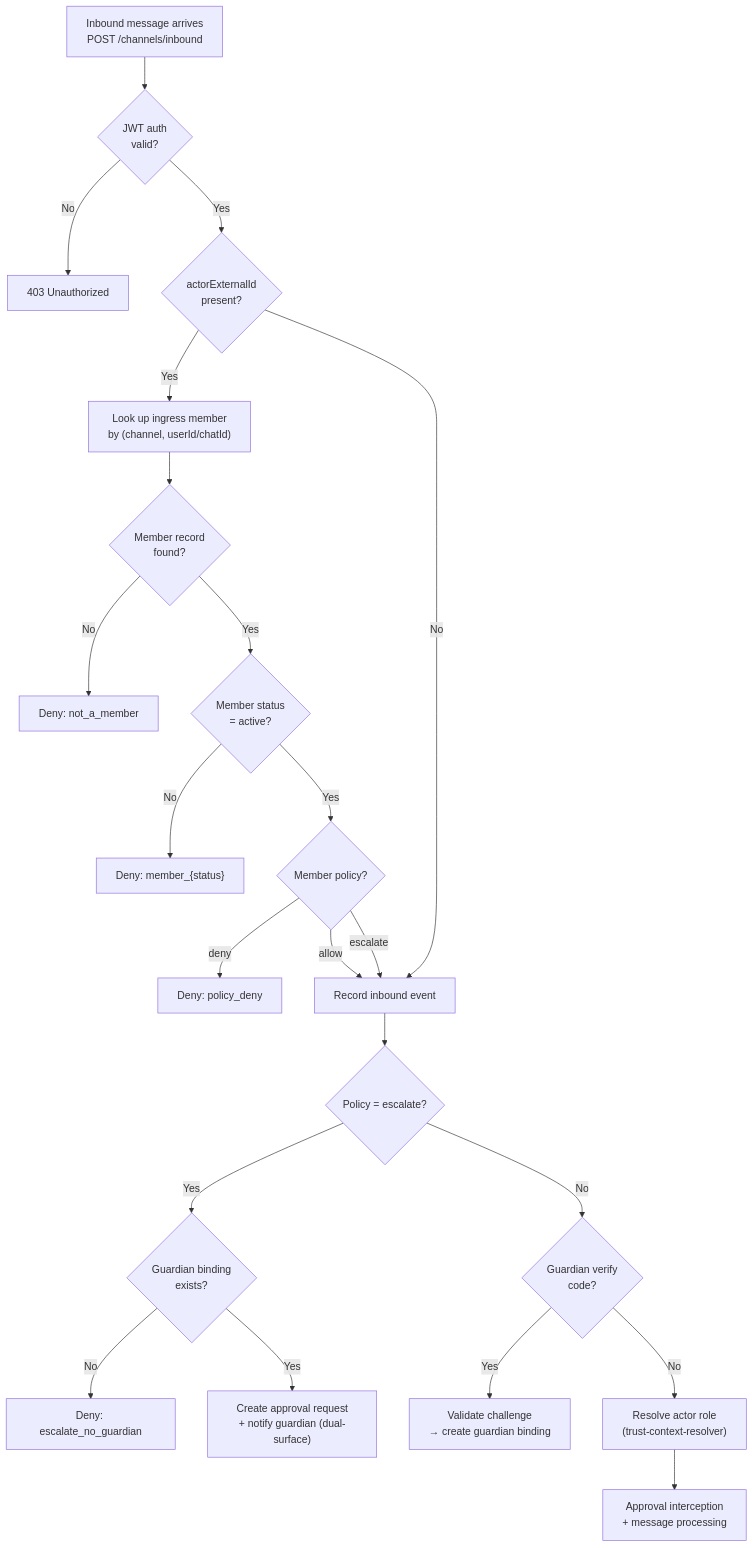
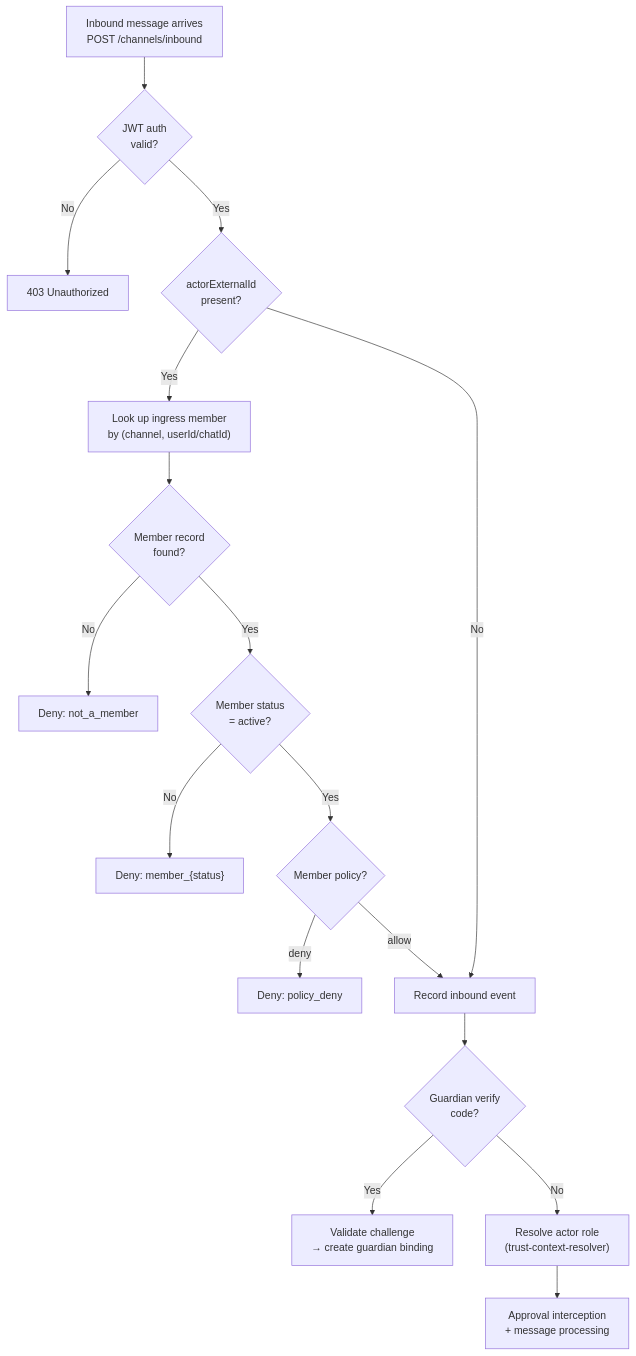
The second of 5 diagrams in gateway/ARCHITECTURE.md (vellum-ai/vellum-assistant), drawn with Mermaid before and after one commit. The commit also changed other lines of this file and 7 other files, not shown here.

Commit message:
docs: remove the escalate channel policy from user-facing copy and architecture docs

````diff
--- a/gateway/ARCHITECTURE.md
+++ b/gateway/ARCHITECTURE.md
@@ -496,29 +496,23 @@
 ```mermaid
 flowchart TD
     MSG["Inbound message arrives<br/>POST /channels/inbound"] --> GW_CHECK{"JWT auth<br/>valid?"}
     GW_CHECK -- No --> REJECT_403["403 Unauthorized"]
     GW_CHECK -- Yes --> HAS_SENDER{"actorExternalId<br/>present?"}
 
     HAS_SENDER -- Yes --> ACL_LOOKUP["Look up ingress member<br/>by (channel, userId/chatId)"]
     HAS_SENDER -- No --> RECORD["Record inbound event"]
 
     ACL_LOOKUP --> HAS_MEMBER{"Member record<br/>found?"}
     HAS_MEMBER -- No --> DENY_MEMBER["Deny: not_a_member"]
     HAS_MEMBER -- Yes --> STATUS_CHECK{"Member status<br/>= active?"}
     STATUS_CHECK -- No --> DENY_STATUS["Deny: member_{status}"]
     STATUS_CHECK -- Yes --> POLICY_CHECK{"Member policy?"}
 
     POLICY_CHECK -- deny --> DENY_POLICY["Deny: policy_deny"]
     POLICY_CHECK -- allow --> RECORD
-    POLICY_CHECK -- escalate --> RECORD
 
-    RECORD --> ESCALATE_CHECK{"Policy = escalate?"}
-    ESCALATE_CHECK -- Yes --> HAS_BINDING{"Guardian binding<br/>exists?"}
-    HAS_BINDING -- No --> DENY_ESCALATE["Deny: escalate_no_guardian"]
-    HAS_BINDING -- Yes --> CREATE_APPROVAL["Create approval request<br/>+ notify guardian (dual-surface)"]
-
-    ESCALATE_CHECK -- No --> VERIFY_CHECK{"Guardian verify<br/>code?"}
+    RECORD --> VERIFY_CHECK{"Guardian verify<br/>code?"}
     VERIFY_CHECK -- Yes --> VERIFY["Validate challenge<br/>→ create guardian binding"]
     VERIFY_CHECK -- No --> ROLE_RESOLVE["Resolve actor role<br/>(trust-context-resolver)"]
     ROLE_RESOLVE --> APPROVAL_INTERCEPT["Approval interception<br/>+ message processing"]
 ```
````
